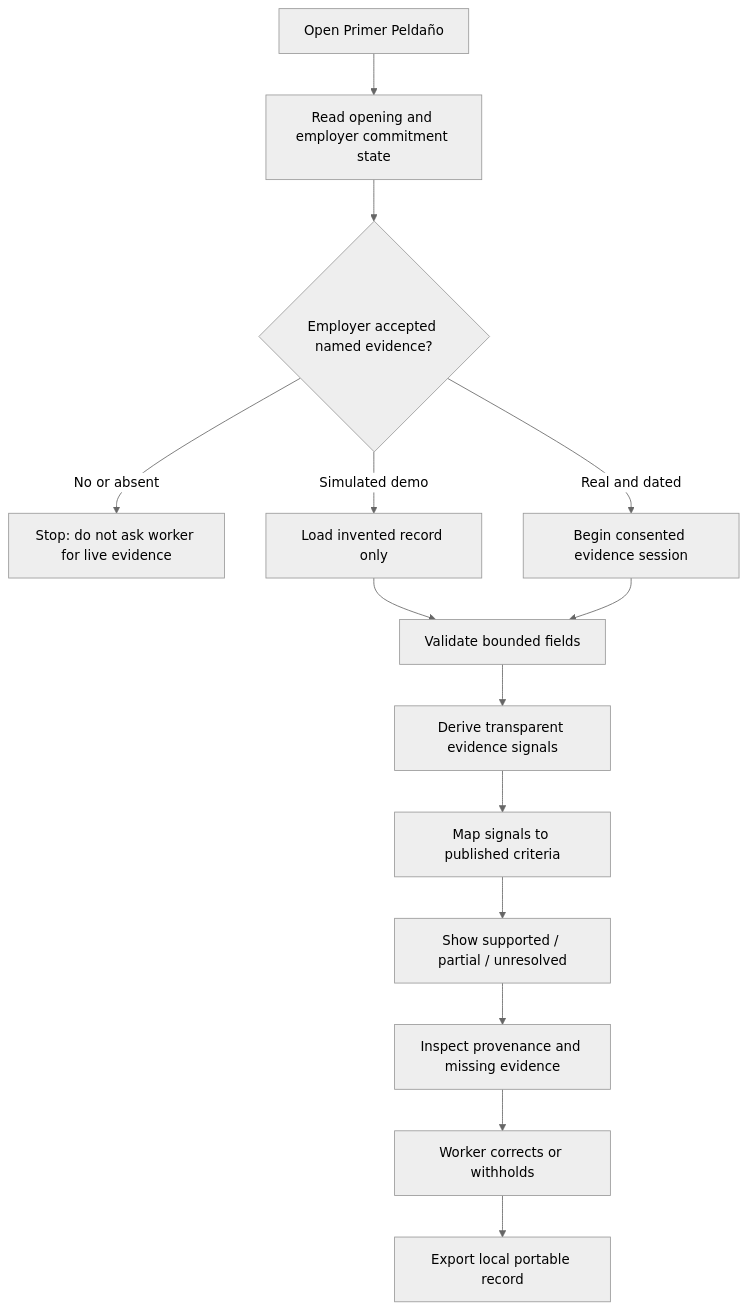
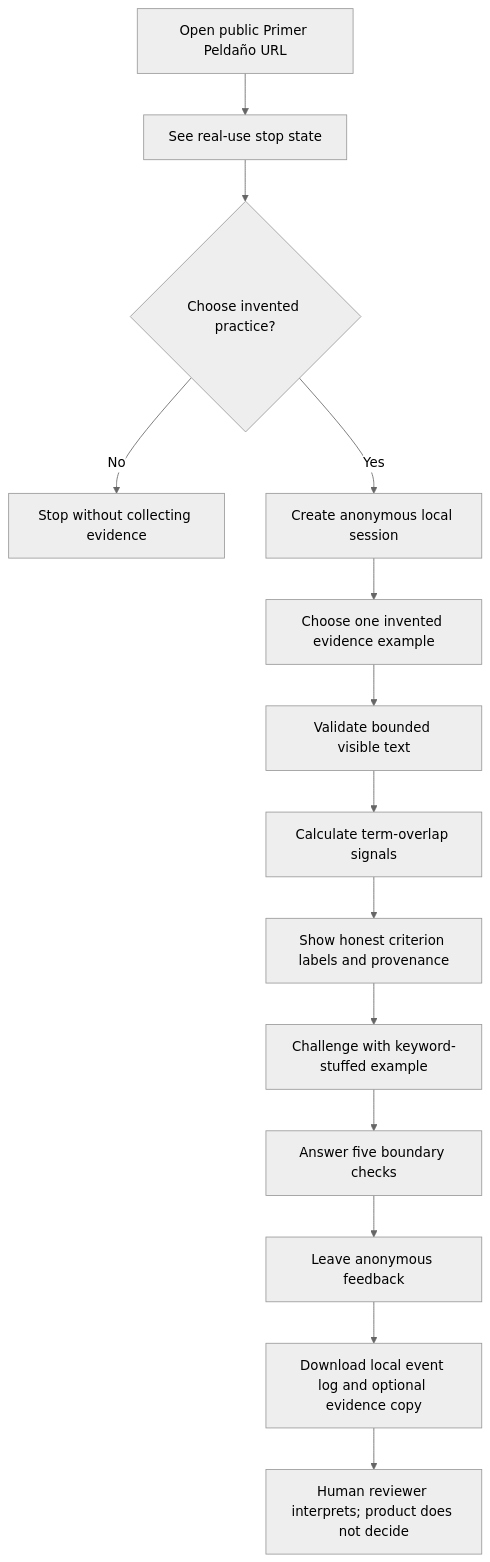
One commit to davidbuzali/week-13-primer-peldano changed the first of 2 diagrams in docs/PACKET.md. Above: the diagram before and after it, drawn with Mermaid (neutral theme). The commit also changed other lines of this file and 3 other files, not shown here.

````diff
--- a/docs/PACKET.md
+++ b/docs/PACKET.md
@@ -27,16 +29,16 @@
 ```mermaid
 flowchart TD
-    A[Open Primer Peldaño] --> B[Read opening and employer commitment state]
-    B --> C{Employer accepted named evidence?}
-    C -- No or absent --> X[Stop: do not ask worker for live evidence]
-    C -- Simulated demo --> D[Load invented record only]
-    C -- Real and dated --> E[Begin consented evidence session]
-    D --> F[Validate bounded fields]
-    E --> F
-    F --> G[Derive transparent evidence signals]
-    G --> H[Map signals to published criteria]
-    H --> I[Show supported / partial / unresolved]
-    I --> J[Inspect provenance and missing evidence]
-    J --> K[Worker corrects or withholds]
-    K --> L[Export local portable record]
+    A[Open public Primer Peldaño URL] --> B[See real-use stop state]
+    B --> C{Choose invented practice?}
+    C -- No --> X[Stop without collecting evidence]
+    C -- Yes --> D[Create anonymous local session]
+    D --> E[Choose one invented evidence example]
+    E --> F[Validate bounded visible text]
+    F --> G[Calculate term-overlap signals]
+    G --> H[Show honest criterion labels and provenance]
+    H --> I[Challenge with keyword-stuffed example]
+    I --> J[Answer five boundary checks]
+    J --> K[Leave anonymous feedback]
+    K --> L[Download local event log and optional evidence copy]
+    L --> M[Human reviewer interprets; product does not decide]
 ```
````
